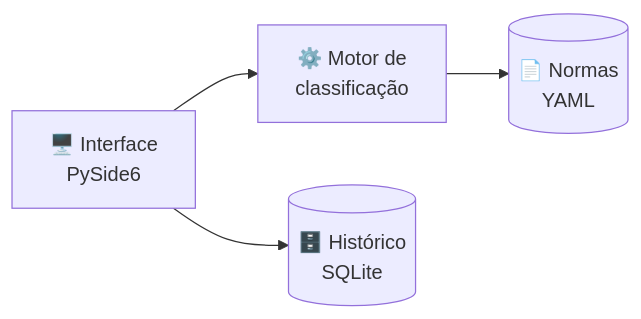
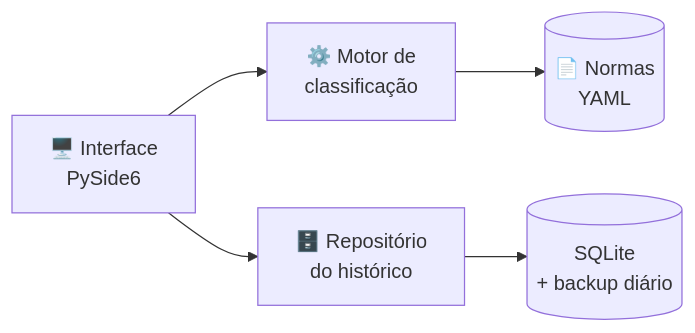
Before and after one commit to jcesarmph-ui/SistemaDeClassificacao: the third of 4 diagrams in README.md, drawn with Mermaid. The commit also changed other lines of this file and 4 other files, not shown here.

````diff
--- a/README.md
+++ b/README.md
@@ -149,6 +194,7 @@
 ```mermaid
 flowchart LR
     UI[🖥️ Interface<br/>PySide6] --> M[⚙️ Motor de<br/>classificação]
     M --> N[(📄 Normas<br/>YAML)]
-    UI --> H[(🗄️ Histórico<br/>SQLite)]
+    UI --> R[🗄️ Repositório<br/>do histórico]
+    R --> H[(SQLite<br/>+ backup diário)]
 ```
````
